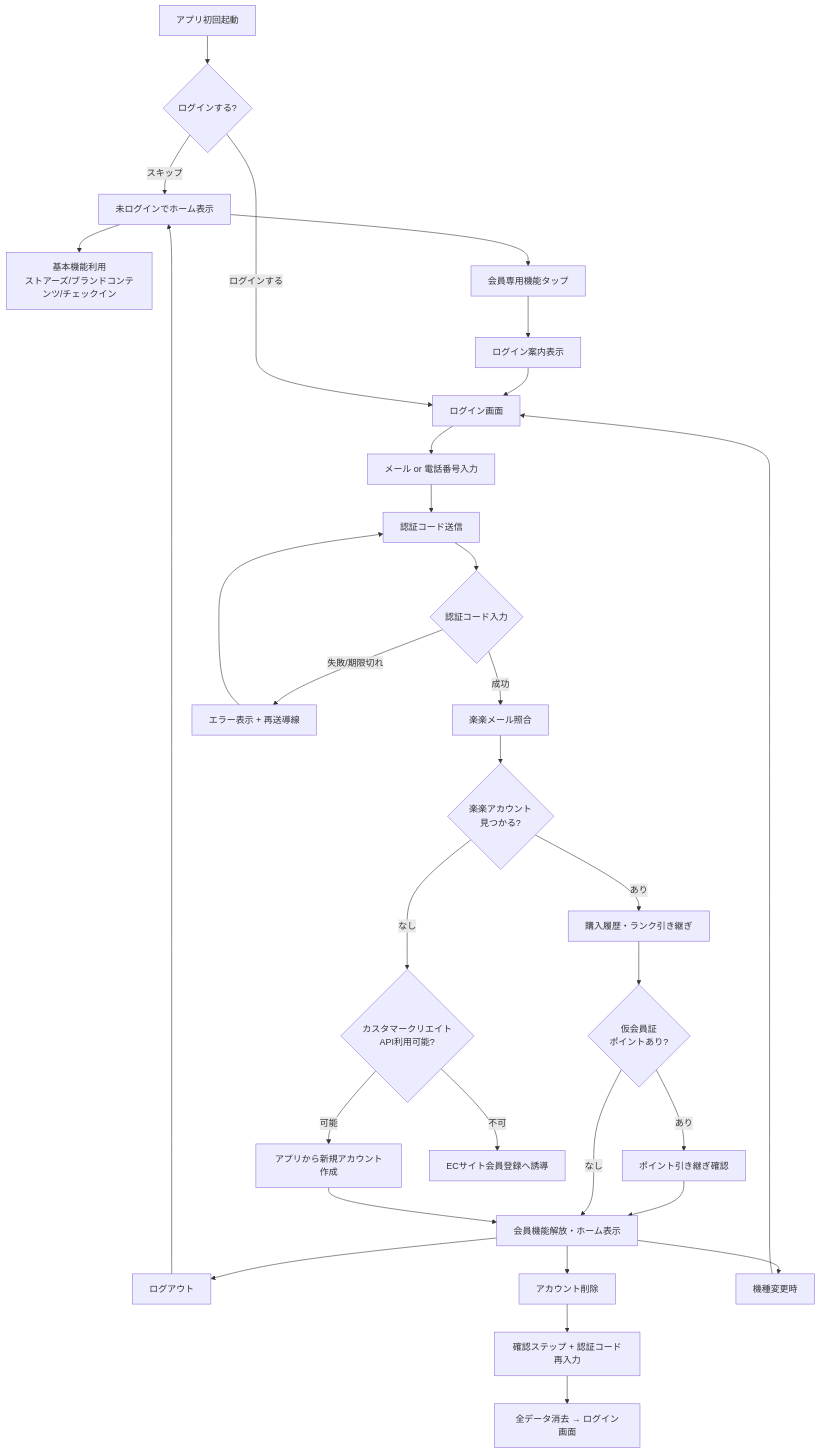
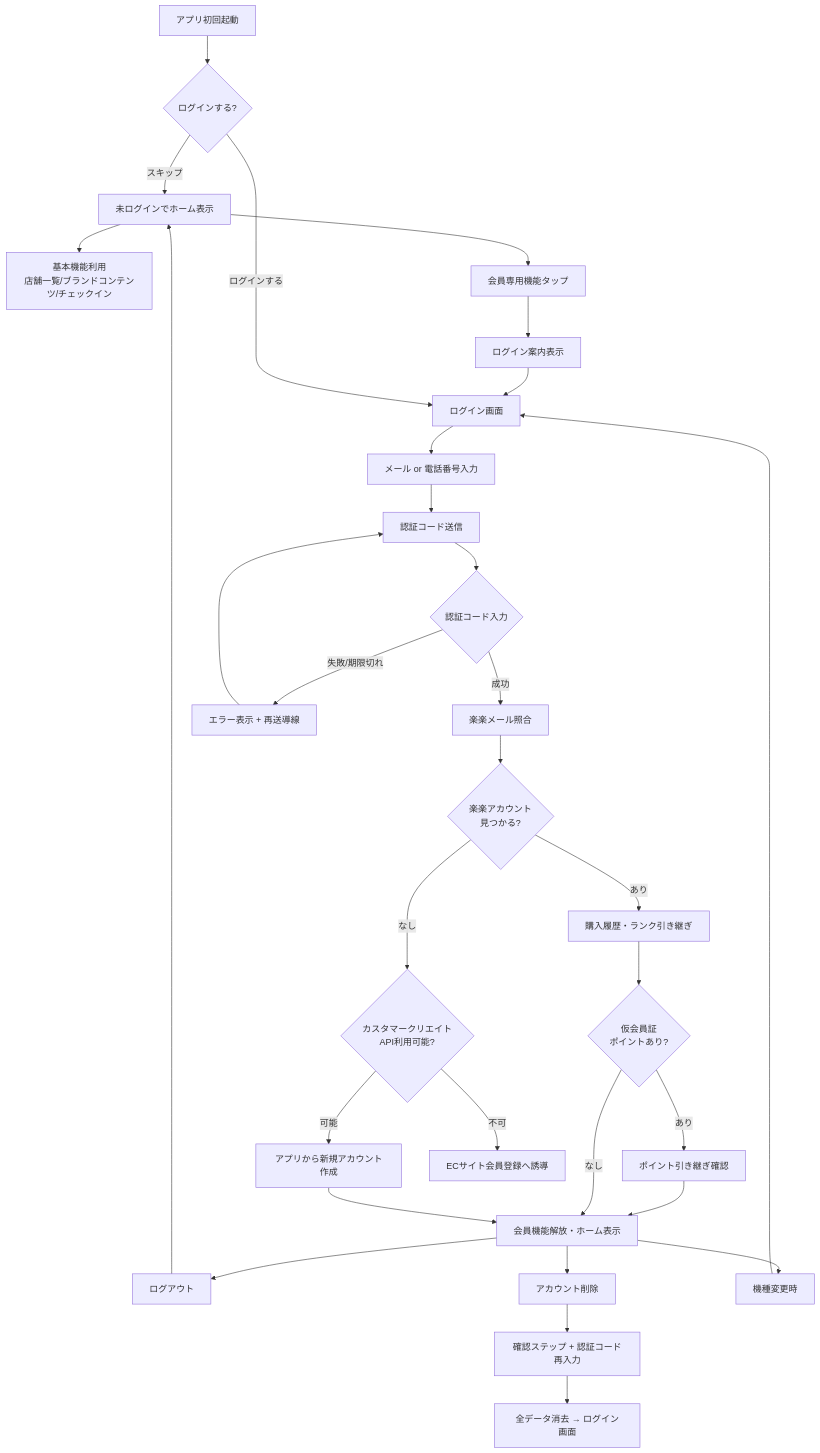
One commit to YukaHasebe/bi-su-app changed the first of 14 diagrams in docs/03_ユーザーストーリー.md. Above: the diagram before and after it, drawn with Mermaid. The commit also changed other lines of this file and 7 other files, not shown here.

First line of the commit message:
docs: ストアーズ→店舗一覧 全置換・マップビューをGoogle Maps化・素材仕様追加

````diff
--- a/docs/03_ユーザーストーリー.md
+++ b/docs/03_ユーザーストーリー.md
@@ -40,33 +40,33 @@
 ```mermaid
 flowchart TD
     A[アプリ初回起動] --> B{ログインする?}
     B -- スキップ --> C[未ログインでホーム表示]
-    C --> D[基本機能利用<br/>ストアーズ/ブランドコンテンツ/チェックイン]
+    C --> D[基本機能利用<br/>店舗一覧/ブランドコンテンツ/チェックイン]
     C --> E[会員専用機能タップ]
     E --> F[ログイン案内表示]
     F --> G[ログイン画面]
     B -- ログインする --> G
     G --> H[メール or 電話番号入力]
     H --> I[認証コード送信]
     I --> J{認証コード入力}
     J -- 成功 --> K[楽楽メール照合]
     J -- 失敗/期限切れ --> L[エラー表示 + 再送導線]
     L --> I
     K --> M{楽楽アカウント<br/>見つかる?}
     M -- あり --> N[購入履歴・ランク引き継ぎ]
     N --> O{仮会員証<br/>ポイントあり?}
     O -- あり --> P[ポイント引き継ぎ確認]
     P --> Q[会員機能解放・ホーム表示]
     O -- なし --> Q
     M -- なし --> R{カスタマークリエイト<br/>API利用可能?}
     R -- 可能 --> S[アプリから新規アカウント作成]
     S --> Q
     R -- 不可 --> T[ECサイト会員登録へ誘導]
     Q --> U[ログアウト]
     U --> C
     Q --> V[アカウント削除]
     V --> W[確認ステップ + 認証コード再入力]
     W --> X[全データ消去 → ログイン画面]
     Q --> Y[機種変更時]
     Y --> G
 ```
````
